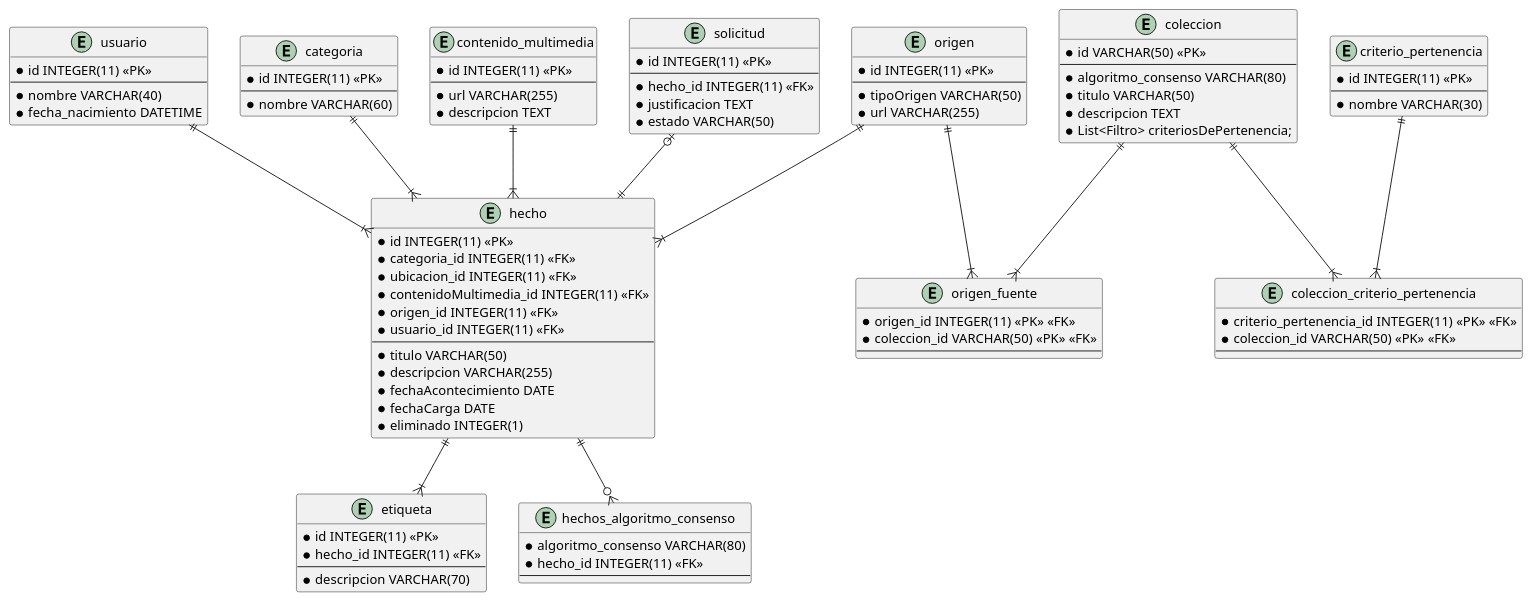
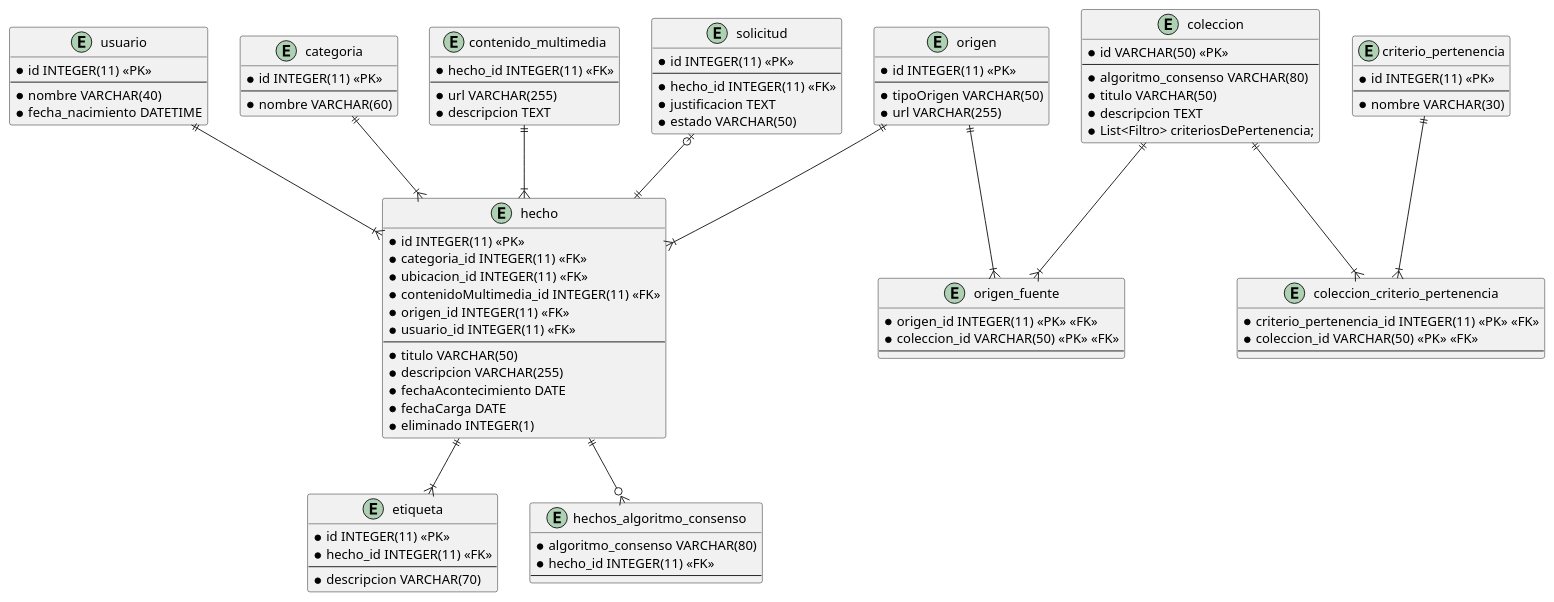
One commit to valenap-utn/metamapa-utn-2025 changed the diagram in entregables/entrega-4/modelosDeDatos/servicioAgregadorDER.puml. Above: the diagram before and after it, drawn with PlantUML. The commit also changed 39 other files, not shown here.

```diff
--- a/entregables/entrega-4/modelosDeDatos/servicioAgregadorDER.puml
+++ b/entregables/entrega-4/modelosDeDatos/servicioAgregadorDER.puml
@@ -1,115 +1,115 @@
 @startuml
 'https://plantuml.com/class-diagram
 
 entity hecho {
     * id INTEGER(11) <<PK>>
     * categoria_id INTEGER(11) <<FK>>
     * ubicacion_id INTEGER(11) <<FK>>
     * contenidoMultimedia_id INTEGER(11) <<FK>>
     * origen_id INTEGER(11) <<FK>>
     * usuario_id INTEGER(11) <<FK>>
     --
     * titulo VARCHAR(50)
     * descripcion VARCHAR(255)
     * fechaAcontecimiento DATE
     * fechaCarga DATE
     * eliminado INTEGER(1)
 }
 
 entity etiqueta {
     * id INTEGER(11) <<PK>>
     * hecho_id INTEGER(11) <<FK>>
     --
     * descripcion VARCHAR(70)
 }
 
 
 entity usuario {
     * id INTEGER(11) <<PK>>
     --
     * nombre VARCHAR(40)
     * fecha_nacimiento DATETIME
 }
 
 
 
 entity hechos_algoritmo_consenso {
     * algoritmo_consenso VARCHAR(80)
     * hecho_id INTEGER(11) <<FK>>
     --
 }
 
 
 
 
 
 entity categoria {
     * id INTEGER(11) <<PK>>
     --
     * nombre VARCHAR(60)
 }
 
 entity origen{
     * id INTEGER(11) <<PK>>
     --
     * tipoOrigen VARCHAR(50)
     * url VARCHAR(255)
 }
 
 entity coleccion {
     * id VARCHAR(50) <<PK>>
     --
     * algoritmo_consenso VARCHAR(80)
     * titulo VARCHAR(50)
     * descripcion TEXT
     * List<Filtro> criteriosDePertenencia;
 }
 
 entity coleccion_criterio_pertenencia {
     * criterio_pertenencia_id INTEGER(11) <<PK>> <<FK>>
     * coleccion_id VARCHAR(50) <<PK>> <<FK>>
     --
 }
 
 entity criterio_pertenencia {
     * id INTEGER(11) <<PK>>
     --
     * nombre VARCHAR(30)
 }
 
 
 
 entity origen_fuente {
     * origen_id INTEGER(11) <<PK>> <<FK>>
     * coleccion_id VARCHAR(50) <<PK>> <<FK>>
     --
 }
 
 entity contenido_multimedia {
-    * id INTEGER(11) <<PK>>
+    * hecho_id INTEGER(11) <<FK>>
     --
     * url VARCHAR(255)
     * descripcion TEXT
 }
 
 usuario ||--|{ hecho
 hecho ||--|{ etiqueta
 categoria ||--|{ hecho
 origen ||--|{ hecho
 hecho ||--o{ hechos_algoritmo_consenso
 coleccion ||--|{ origen_fuente
 origen ||--|{ origen_fuente
 coleccion ||--|{ coleccion_criterio_pertenencia
 criterio_pertenencia ||--|{ coleccion_criterio_pertenencia
 contenido_multimedia ||--|{ hecho
 
 entity solicitud {
     * id INTEGER(11) <<PK>>
     --
     * hecho_id INTEGER(11) <<FK>>
     * justificacion TEXT
     * estado VARCHAR(50)
 }
 
 solicitud |o--|| hecho
 @enduml
```
